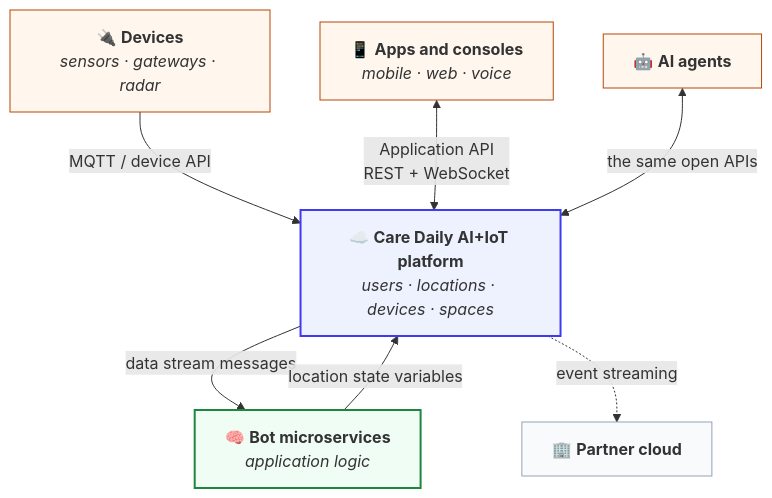
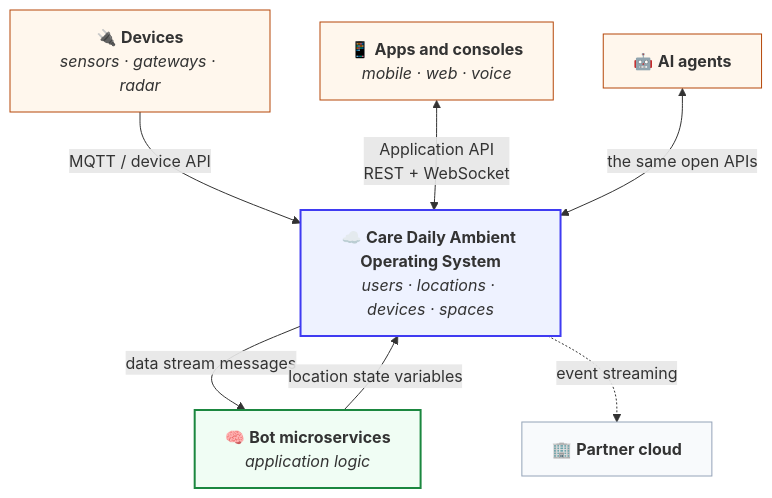
One commit to CareDailyAI/docs changed the first of 2 diagrams in README.md. Above: the diagram before and after it, drawn with Mermaid. The commit also changed other lines of this file and 8 other files, not shown here.

First line of the commit message:
Positioning: Care Daily is the Ambient Operating System that helps people live independently

````diff
--- a/README.md
+++ b/README.md
@@ -20,25 +20,25 @@
 ```mermaid
 flowchart TB
     DEV["🔌 <b>Devices</b><br/><i>sensors · gateways · radar</i>"]
     APP["📱 <b>Apps and consoles</b><br/><i>mobile · web · voice</i>"]
     AG["🤖 <b>AI agents</b>"]
-    P["☁️ <b>Care Daily AI+IoT platform</b><br/><i>users · locations · devices · spaces</i>"]
+    P["☁️ <b>Care Daily Ambient Operating System</b><br/><i>users · locations · devices · spaces</i>"]
     B["🧠 <b>Bot microservices</b><br/><i>application logic</i>"]
     EXT["🏢 <b>Partner cloud</b>"]
 
     DEV -->|"MQTT / device API"| P
     APP <-->|"Application API<br/>REST + WebSocket"| P
     AG <-->|"the same open APIs"| P
     P -->|"data stream messages"| B
     B -->|"location state variables"| P
     P -.->|"event streaming"| EXT
 
     classDef plat fill:#eef2ff,stroke:#3f3bf2,stroke-width:2px
     classDef bot  fill:#f0fdf4,stroke:#1b873f,stroke-width:2px
     classDef edge fill:#fff7ed,stroke:#b54708
     classDef ext  fill:#f8fafc,stroke:#94a3b8
     class P plat
     class B bot
     class DEV,APP,AG edge
     class EXT ext
 ```
````
